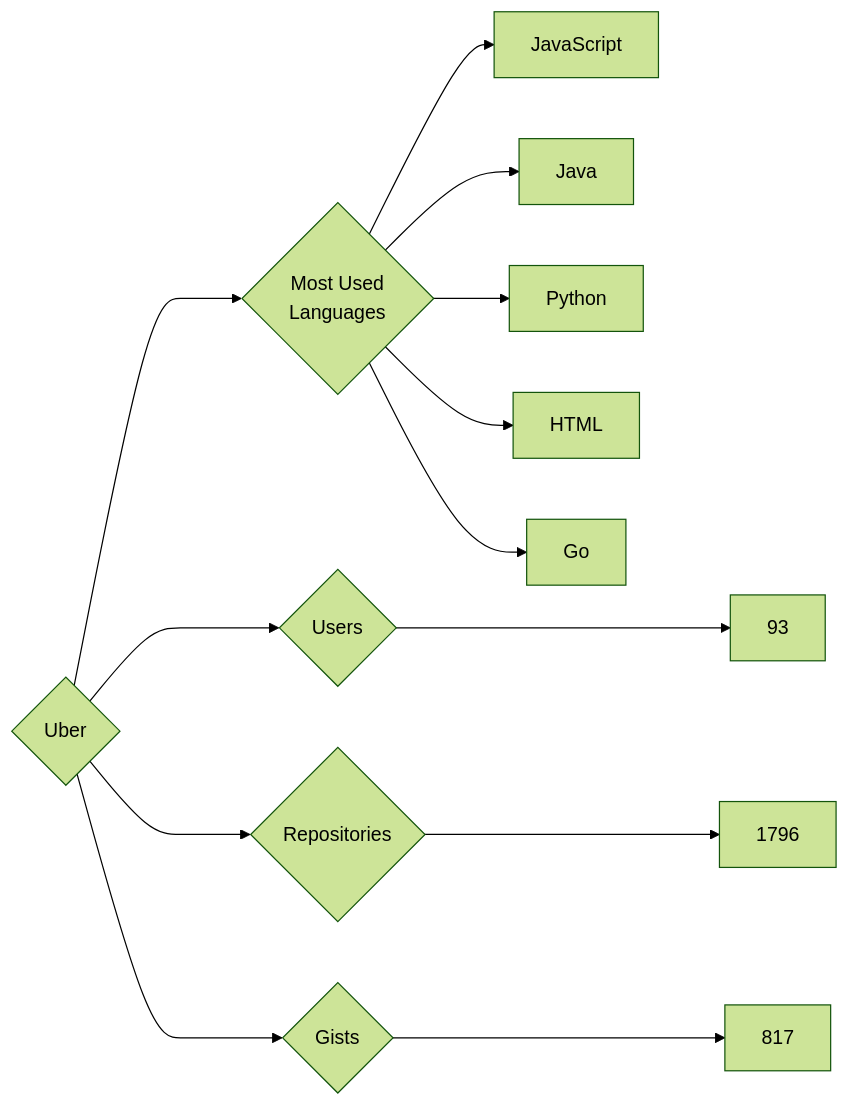
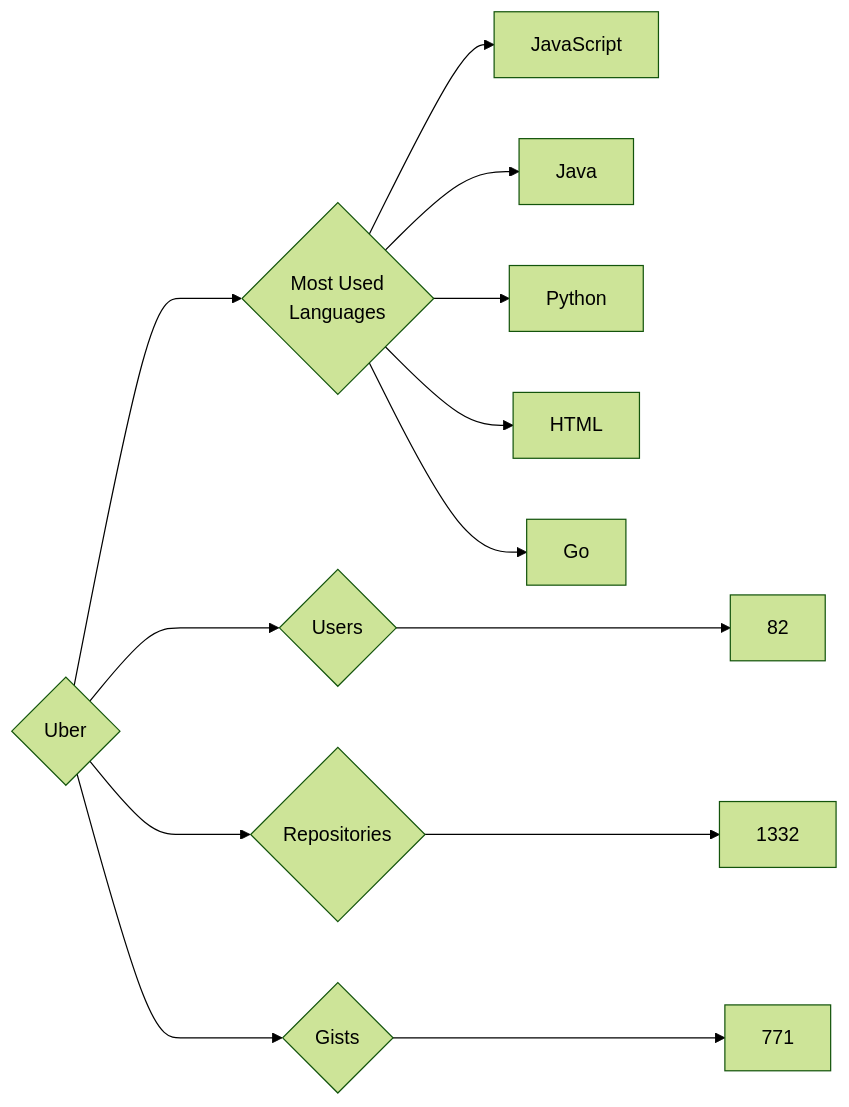
The diagram in targets/Uber/README.md (trickest/insiders), drawn with Mermaid (forest theme) before and after one commit. The commit also changed 995 other files, not shown here.

````diff
--- a/targets/Uber/README.md
+++ b/targets/Uber/README.md
@@ -3,13 +3,13 @@
 ```mermaid
 graph LR
 COMPANY_NAME{Uber}
-COMPANY_NAME ---> U{Users} ---> UN[93]
-COMPANY_NAME ---> R{Repositories} ---> RN[1796]
-COMPANY_NAME ---> G{Gists} ---> GN[817]
+COMPANY_NAME ---> U{Users} ---> UN[82]
+COMPANY_NAME ---> R{Repositories} ---> RN[1332]
+COMPANY_NAME ---> G{Gists} ---> GN[771]
 COMPANY_NAME ---> ML{Most Used<br>Languages}
 ML --> JavaScript[JavaScript]
 ML --> Java[Java]
 ML --> Python[Python]
 ML --> HTML[HTML]
 ML --> Go[Go]
 ```
````
